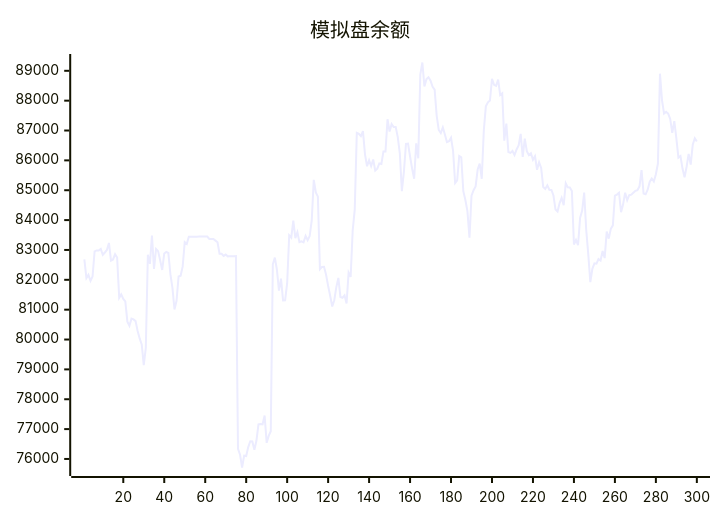
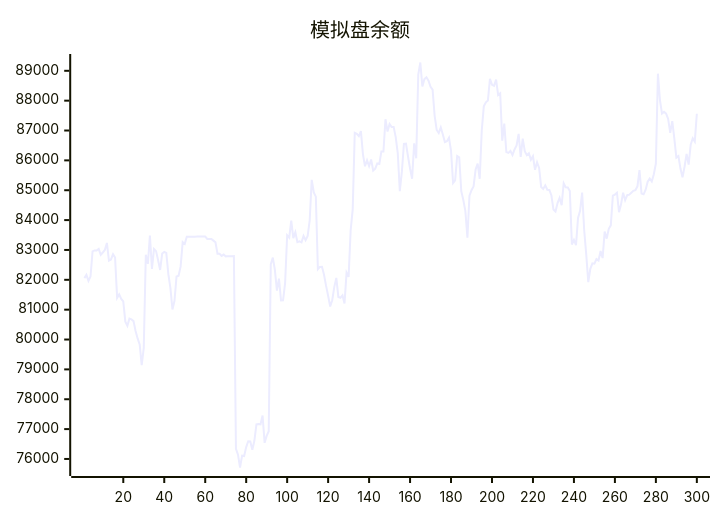
One commit to aahl/ai-trading changed the diagram in README.md. Above: the diagram before and after it, drawn with Mermaid. The commit also changed other lines of this file and 1 other file, not shown here.

````diff
--- a/README.md
+++ b/README.md
@@ -5,5 +5,5 @@
 ```mermaid
 xychart
     title "模拟盘余额"
-    line [82686,82056,82166,81963,82110,82951,82983,82984,83038,82838,82915,82998,83235,82642,82682,82858,82746,81396,81512,81362,81277,80600,80461,80699,80673,80616,80288,80038,79836,79142,79722,82837,82533,83480,82366,83032,82960,82654,82330,82883,82934,82901,82188,81728,81005,81298,82110,82135,82449,83264,83203,83440,83439,83440,83440,83446,83447,83448,83447,83448,83449,83369,83369,83369,83313,83256,82872,82873,82801,82844,82785,82791,82791,82793,82794,76339,76145,75714,76110,76096,76397,76594,76585,76310,76607,77160,77170,77160,77456,76541,76774,76927,82520,82744,82337,81639,82040,81307,81314,81887,83490,83414,83984,83396,83594,83261,83287,83253,83470,83327,83465,83987,85348,84930,84786,82355,82433,82438,82167,81795,81466,81105,81315,81756,82064,81426,81398,81481,81210,82242,82099,83658,84359,86925,86892,86814,86980,86203,85802,86003,85811,86028,85657,85721,85896,85880,86300,86299,87378,86965,87214,87115,87118,86780,86238,84966,85623,86555,86562,86129,85722,85387,86569,86070,88870,89278,88477,88720,88781,88668,88467,88372,87493,87018,86917,87102,86870,86613,86644,86758,86317,85242,85334,86149,86106,84968,84671,84302,83410,84816,85001,85127,85693,85891,85384,87001,87811,87945,88007,88734,88528,88495,88705,88189,88248,86662,87234,86279,86251,86314,86177,86364,86503,86886,86114,86731,86310,86176,86240,86017,86136,85685,85938,85749,85111,85044,85164,85016,85008,84824,84354,84287,84572,84745,84500,85234,85096,85095,84970,83180,83338,83157,84070,84309,84922,83667,82850,81924,82369,82552,82539,82695,82648,82962,82728,83619,83378,83710,83825,84819,84854,84917,84265,84527,84919,84668,84834,84850,84916,84981,85004,85131,85674,84891,84864,85019,85284,85393,85294,85538,85894,88904,88012,87567,87625,87568,87386,86920,87313,86737,86094,86143,85725,85437,85787,86219,85859,86526,86740,86630]
+    line [82056,82166,81963,82110,82951,82983,82984,83038,82838,82915,82998,83235,82642,82682,82858,82746,81396,81512,81362,81277,80600,80461,80699,80673,80616,80288,80038,79836,79142,79722,82837,82533,83480,82366,83032,82960,82654,82330,82883,82934,82901,82188,81728,81005,81298,82110,82135,82449,83264,83203,83440,83439,83440,83440,83446,83447,83448,83447,83448,83449,83369,83369,83369,83313,83256,82872,82873,82801,82844,82785,82791,82791,82793,82794,76339,76145,75714,76110,76096,76397,76594,76585,76310,76607,77160,77170,77160,77456,76541,76774,76927,82520,82744,82337,81639,82040,81307,81314,81887,83490,83414,83984,83396,83594,83261,83287,83253,83470,83327,83465,83987,85348,84930,84786,82355,82433,82438,82167,81795,81466,81105,81315,81756,82064,81426,81398,81481,81210,82242,82099,83658,84359,86925,86892,86814,86980,86203,85802,86003,85811,86028,85657,85721,85896,85880,86300,86299,87378,86965,87214,87115,87118,86780,86238,84966,85623,86555,86562,86129,85722,85387,86569,86070,88870,89278,88477,88720,88781,88668,88467,88372,87493,87018,86917,87102,86870,86613,86644,86758,86317,85242,85334,86149,86106,84968,84671,84302,83410,84816,85001,85127,85693,85891,85384,87001,87811,87945,88007,88734,88528,88495,88705,88189,88248,86662,87234,86279,86251,86314,86177,86364,86503,86886,86114,86731,86310,86176,86240,86017,86136,85685,85938,85749,85111,85044,85164,85016,85008,84824,84354,84287,84572,84745,84500,85234,85096,85095,84970,83180,83338,83157,84070,84309,84922,83667,82850,81924,82369,82552,82539,82695,82648,82962,82728,83619,83378,83710,83825,84819,84854,84917,84265,84527,84919,84668,84834,84850,84916,84981,85004,85131,85674,84891,84864,85019,85284,85393,85294,85538,85894,88904,88012,87567,87625,87568,87386,86920,87313,86737,86094,86143,85725,85437,85787,86219,85859,86526,86740,86630,87563]
 ```
````
